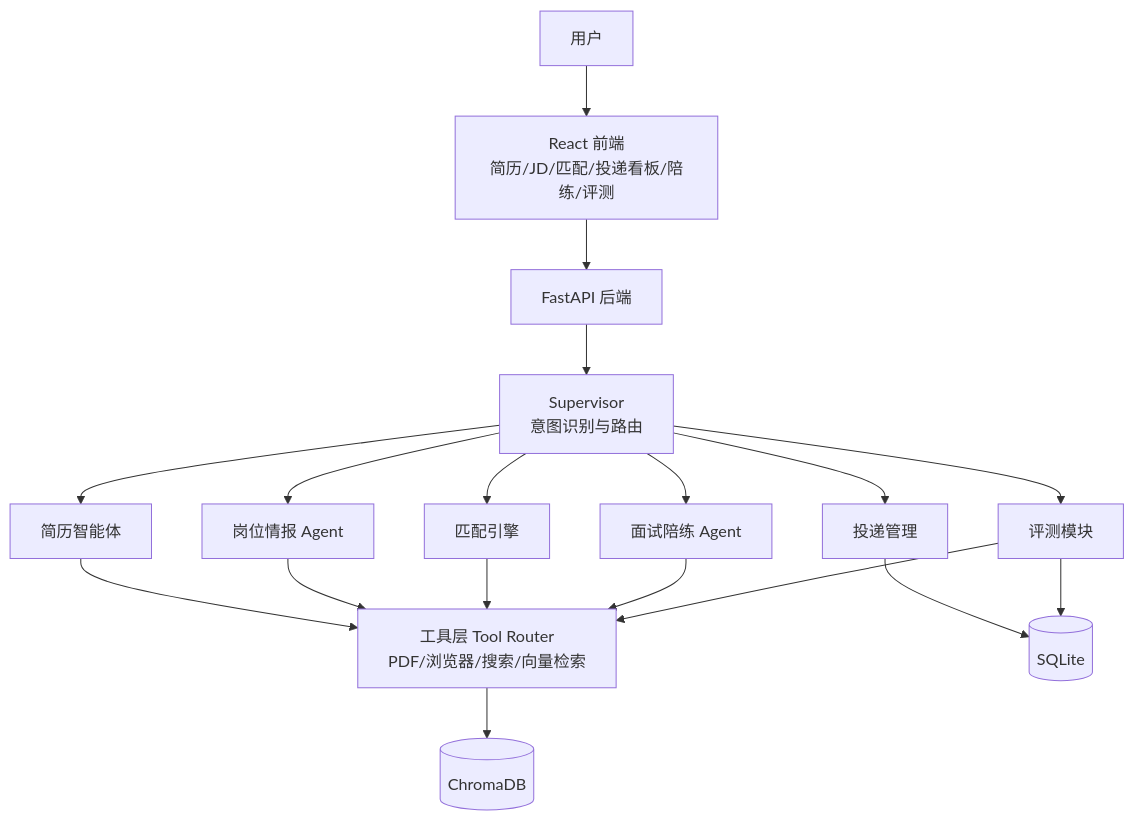
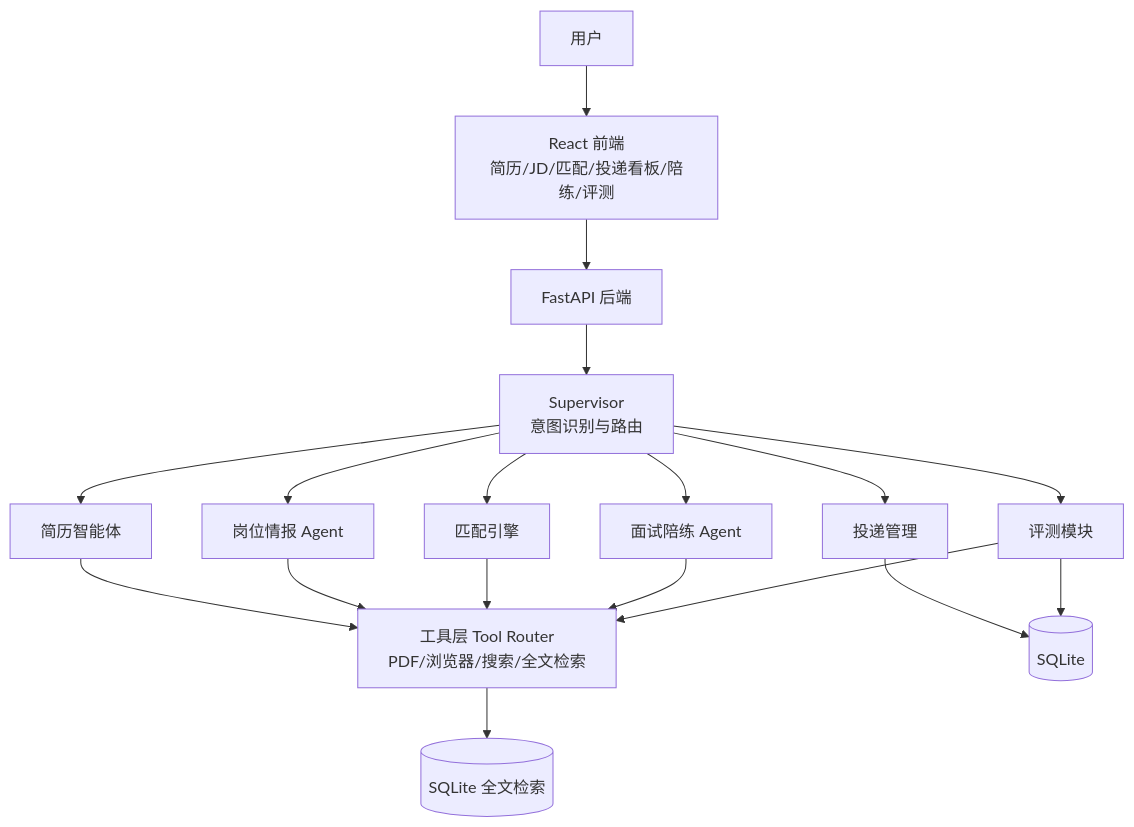
Before and after one commit to fuzhu-1/job-copilot: the diagram in README.md, drawn with Mermaid. The commit also changed other lines of this file and 4 other files, not shown here.

````diff
--- a/README.md
+++ b/README.md
@@ -7,20 +7,20 @@
 ```mermaid
 flowchart TB
     U[用户] --> F[React 前端<br/>简历/JD/匹配/投递看板/陪练/评测]
     F --> API[FastAPI 后端]
     API --> S[Supervisor<br/>意图识别与路由]
     S --> RA[简历智能体]
     S --> JA[岗位情报 Agent]
     S --> MA[匹配引擎]
     S --> PA[投递管理]
     S --> IA[面试陪练 Agent]
     S --> EA[评测模块]
-    RA --> T[工具层 Tool Router<br/>PDF/浏览器/搜索/向量检索]
+    RA --> T[工具层 Tool Router<br/>PDF/浏览器/搜索/全文检索]
     JA --> T
     MA --> T
     IA --> T
     EA --> T
-    T --> V[(ChromaDB)]
+    T --> V[(SQLite 全文检索)]
     PA --> DB[(SQLite)]
     EA --> DB
 ```
````
